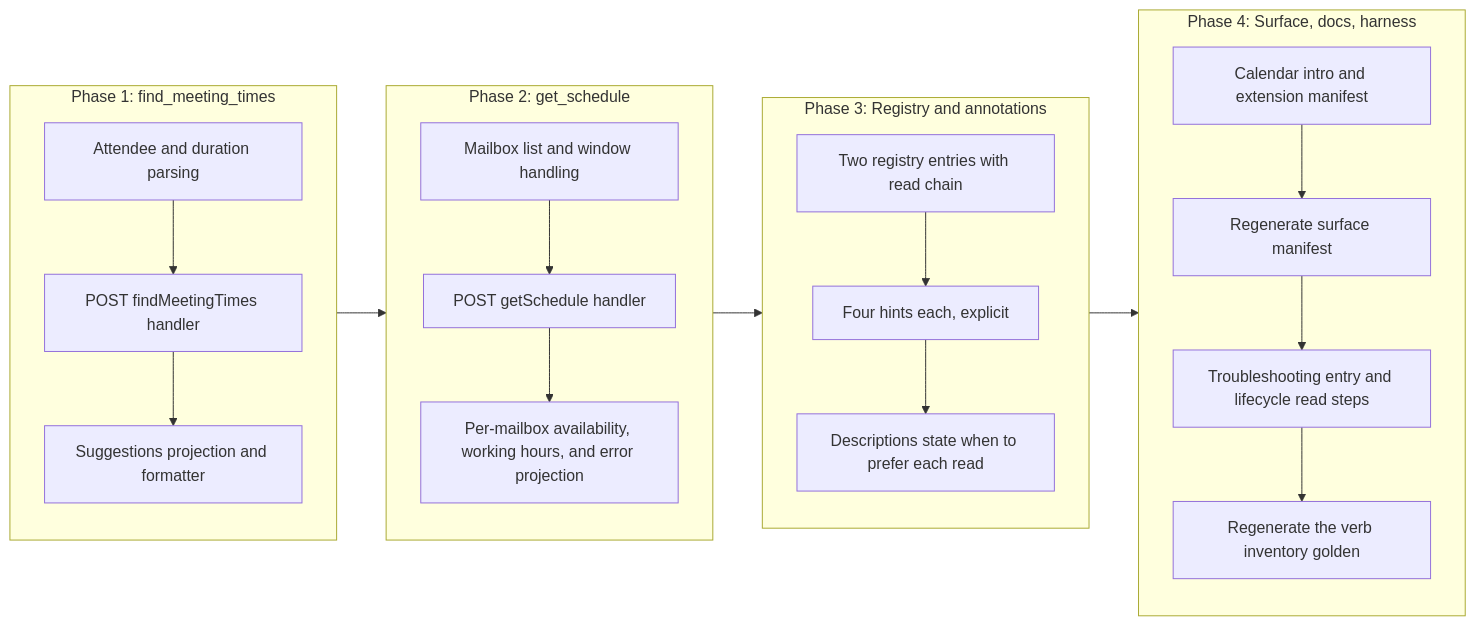
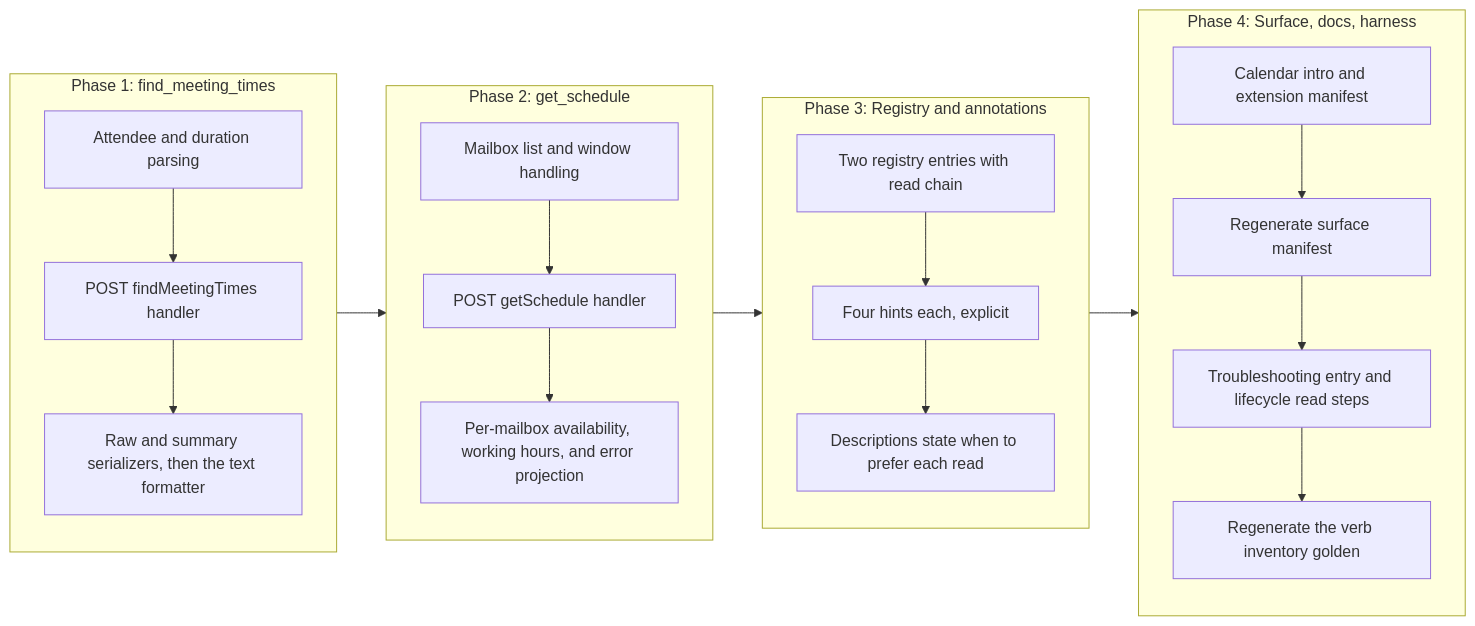
The third of 3 diagrams in docs/cr/CR-0080-calendar-scheduling-reads.md (desek/outlook-local-mcp), drawn with Mermaid before and after one commit. The commit also changed other lines of this file and 1 other file, not shown here.

````diff
--- a/docs/cr/CR-0080-calendar-scheduling-reads.md
+++ b/docs/cr/CR-0080-calendar-scheduling-reads.md
@@ -513,21 +686,21 @@
 ```mermaid
 flowchart LR
     subgraph P1["Phase 1: find_meeting_times"]
         A1["Attendee and duration parsing"] --> A2["POST findMeetingTimes handler"]
-        A2 --> A3["Suggestions projection and formatter"]
+        A2 --> A3["Raw and summary serializers, then the text formatter"]
     end
     subgraph P2["Phase 2: get_schedule"]
         B1["Mailbox list and window handling"] --> B2["POST getSchedule handler"]
         B2 --> B3["Per-mailbox availability, working hours, and error projection"]
     end
     subgraph P3["Phase 3: Registry and annotations"]
         C1["Two registry entries with read chain"] --> C2["Four hints each, explicit"]
         C2 --> C3["Descriptions state when to prefer each read"]
     end
     subgraph P4["Phase 4: Surface, docs, harness"]
         D1["Calendar intro and extension manifest"] --> D2["Regenerate surface manifest"]
         D2 --> D3["Troubleshooting entry and lifecycle read steps"]
         D3 --> D4["Regenerate the verb inventory golden"]
     end
     P1 --> P2 --> P3 --> P4
 ```
````
